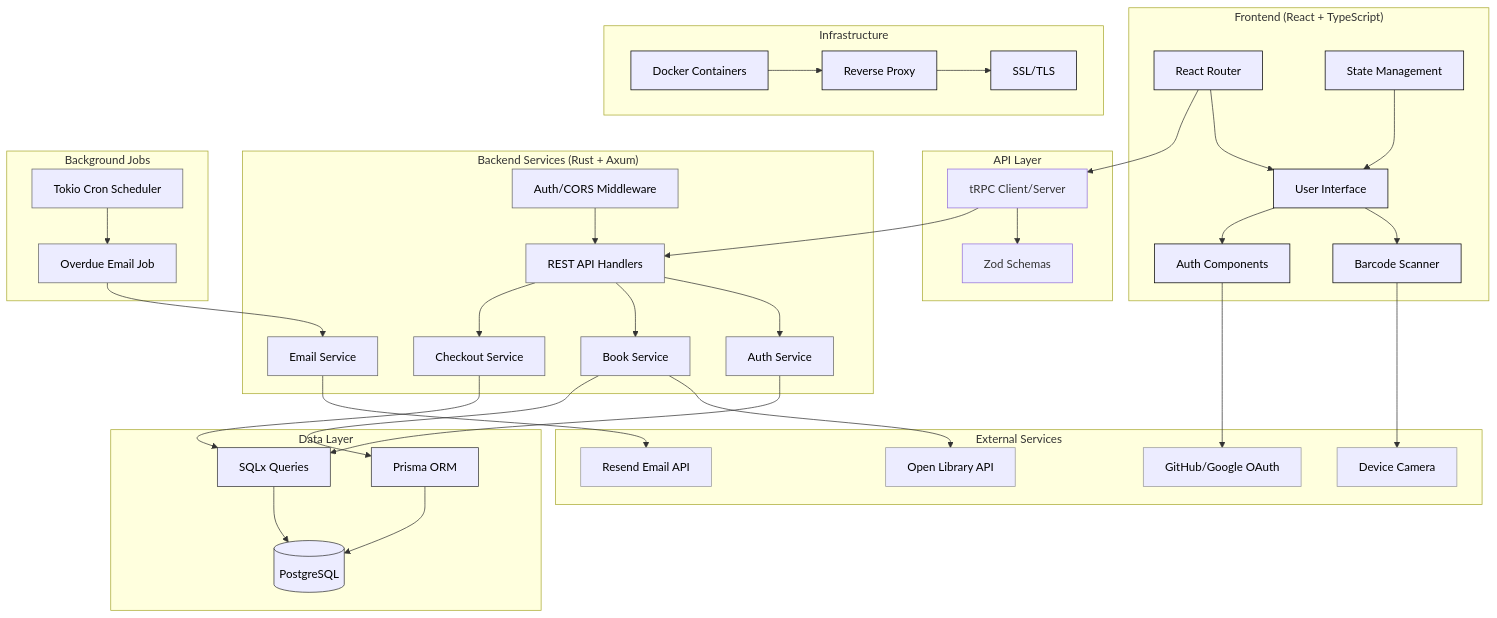
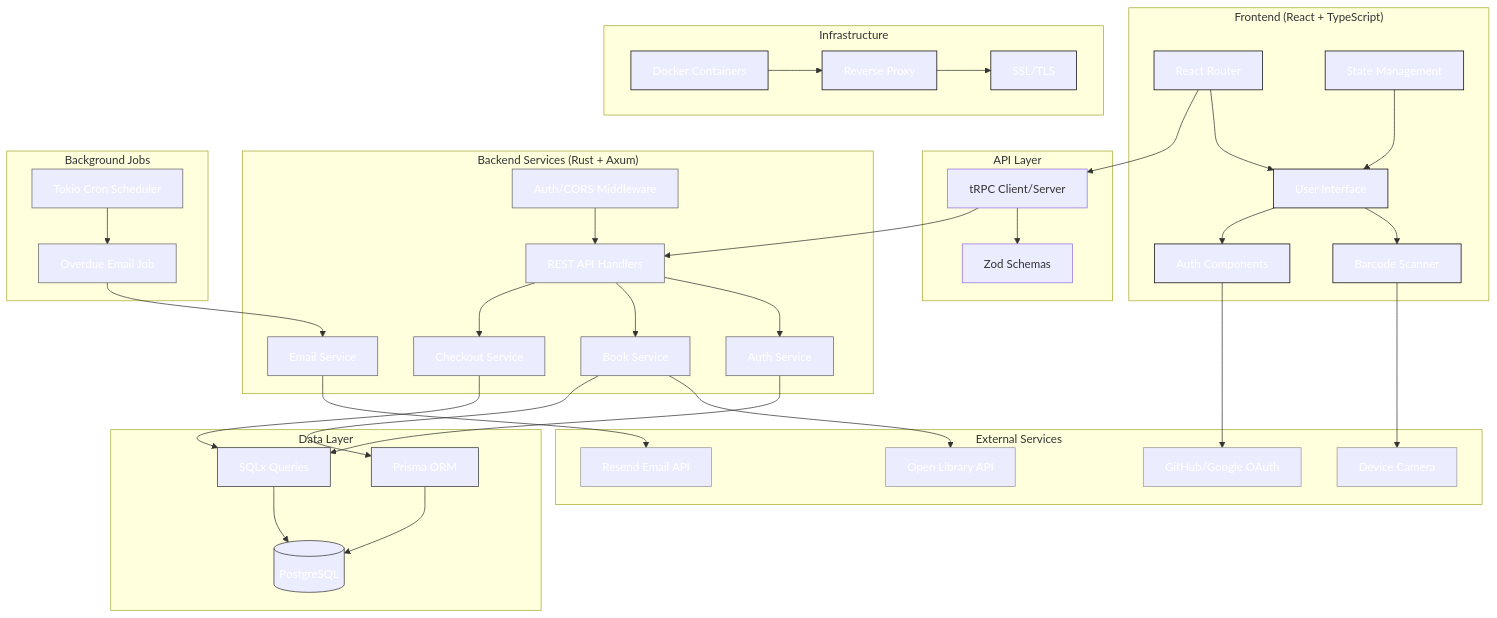
Before and after one commit to plyght/opus: the diagram in README.md, drawn with Mermaid.

```diff
--- a/README.md
+++ b/README.md
@@ -89,11 +89,11 @@
     Email_Service --> Resend
     
     %% Styling
-    classDef frontend stroke:#000,color:#000
-    classDef backend stroke:#666,color:#000
-    classDef database stroke:#333,color:#000
-    classDef external stroke:#999,color:#000
-    classDef infra stroke:#000,color:#000
+    classDef frontend stroke:#000,color:#fff
+    classDef backend stroke:#666,color:#fff
+    classDef database stroke:#333,color:#fff
+    classDef external stroke:#999,color:#fff
+    classDef infra stroke:#000,color:#fff
     
     class UI,Scanner,Auth,Router,State frontend
     class API,Auth_Service,Book_Service,Checkout_Service,Email_Service,Middleware,Cron,Overdue_Job backend
```
